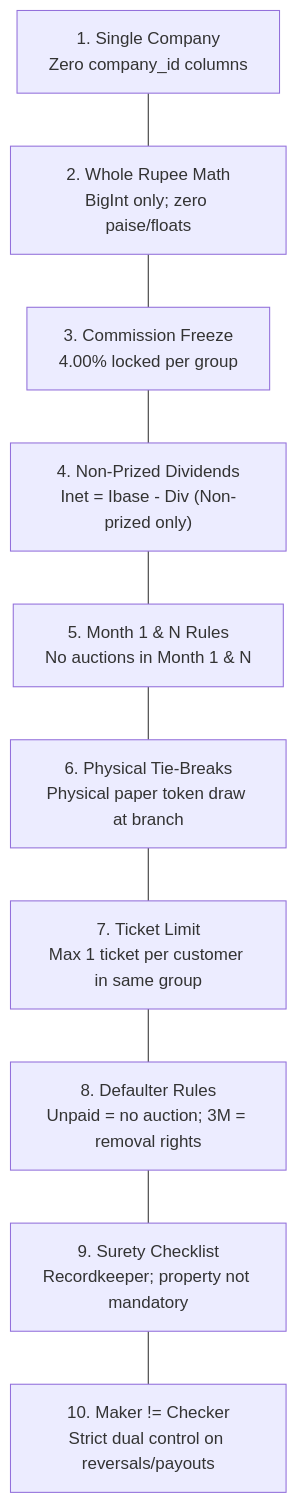
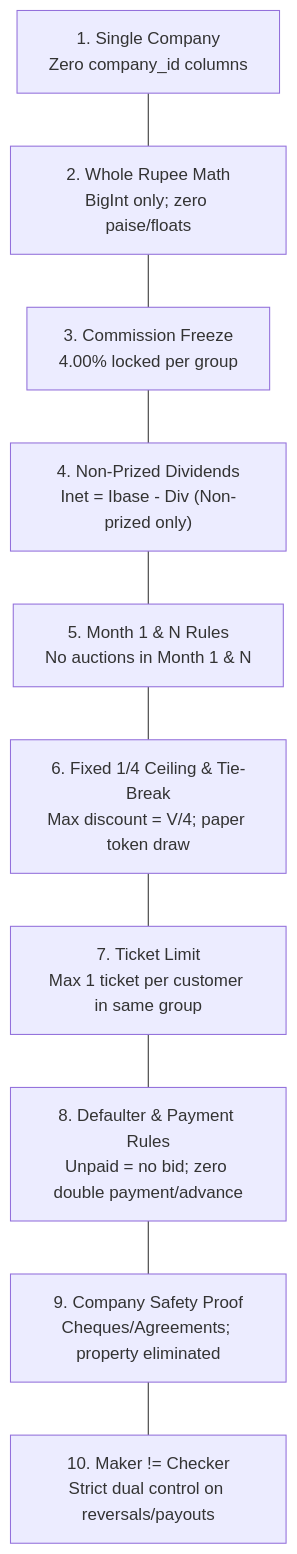
One commit to Kathir-24/Kumaran-finance changed the diagram in AGENTS.md. Above: the diagram before and after it, drawn with Mermaid. The commit also changed other lines of this file and 16 other files, not shown here.

Commit message:
docs: align architectural rules across all specs with ADR-06 (fixed 1/4 ceiling), ADR-07 (single payment), and ADR-15 (safety proof)

````diff
--- a/AGENTS.md
+++ b/AGENTS.md
@@ -47,12 +47,12 @@
 ```mermaid
 flowchart TD
     G1["1. Single Company\nZero company_id columns"] --- G2["2. Whole Rupee Math\nBigInt only; zero paise/floats"]
     G2 --- G3["3. Commission Freeze\n4.00% locked per group"]
     G3 --- G4["4. Non-Prized Dividends\nInet = Ibase - Div (Non-prized only)"]
     G4 --- G5["5. Month 1 & N Rules\nNo auctions in Month 1 & N"]
-    G5 --- G6["6. Physical Tie-Breaks\nPhysical paper token draw at branch"]
+    G5 --- G6["6. Fixed 1/4 Ceiling & Tie-Break\nMax discount = V/4; paper token draw"]
     G6 --- G7["7. Ticket Limit\nMax 1 ticket per customer in same group"]
-    G7 --- G8["8. Defaulter Rules\nUnpaid = no auction; 3M = removal rights"]
-    G8 --- G9["9. Surety Checklist\nRecordkeeper; property not mandatory"]
+    G7 --- G8["8. Defaulter & Payment Rules\nUnpaid = no bid; zero double payment/advance"]
+    G8 --- G9["9. Company Safety Proof\nCheques/Agreements; property eliminated"]
     G9 --- G10["10. Maker != Checker\nStrict dual control on reversals/payouts"]
 ```
````
